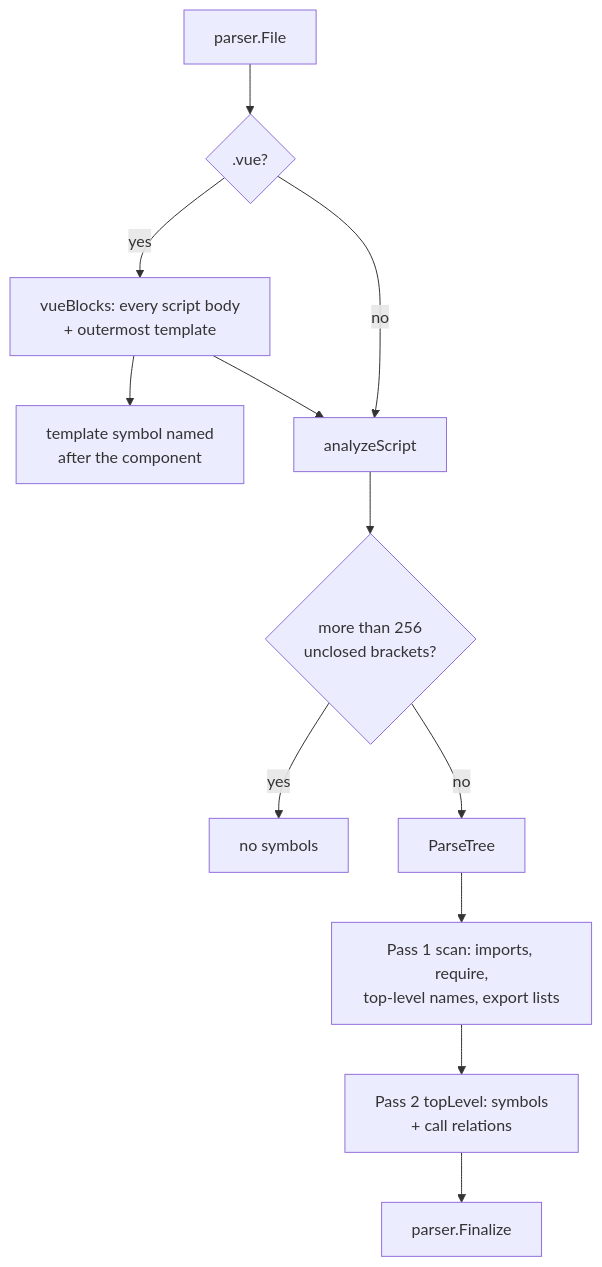
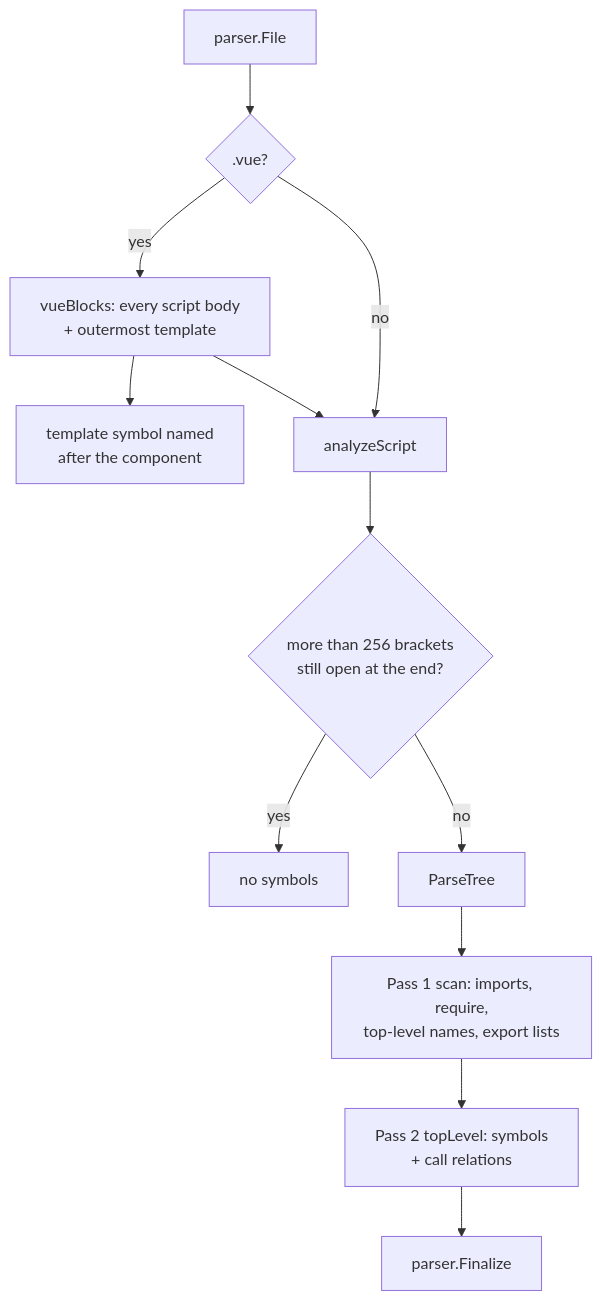
Before and after one commit to doITmagic/rag-code-mcp: the diagram in v3/parser/javascript/README.md, drawn with Mermaid. The commit also changed other lines of this file and 17 other files, not shown here.

````diff
--- a/v3/parser/javascript/README.md
+++ b/v3/parser/javascript/README.md
@@ -40,14 +44,14 @@
 ```mermaid
 graph TD
     A[parser.File] --> V{.vue?}
     V -->|yes| B[vueBlocks: every script body<br/>+ outermost template]
     B --> T[template symbol named<br/>after the component]
     B --> S
     V -->|no| S[analyzeScript]
-    S --> U{more than 256<br/>unclosed brackets?}
+    S --> U{more than 256 brackets<br/>still open at the end?}
     U -->|yes| X[no symbols]
     U -->|no| P[ParseTree]
     P --> C[Pass 1 scan: imports, require,<br/>top-level names, export lists]
     C --> D[Pass 2 topLevel: symbols<br/>+ call relations]
     D --> F[parser.Finalize]
 ```
````
